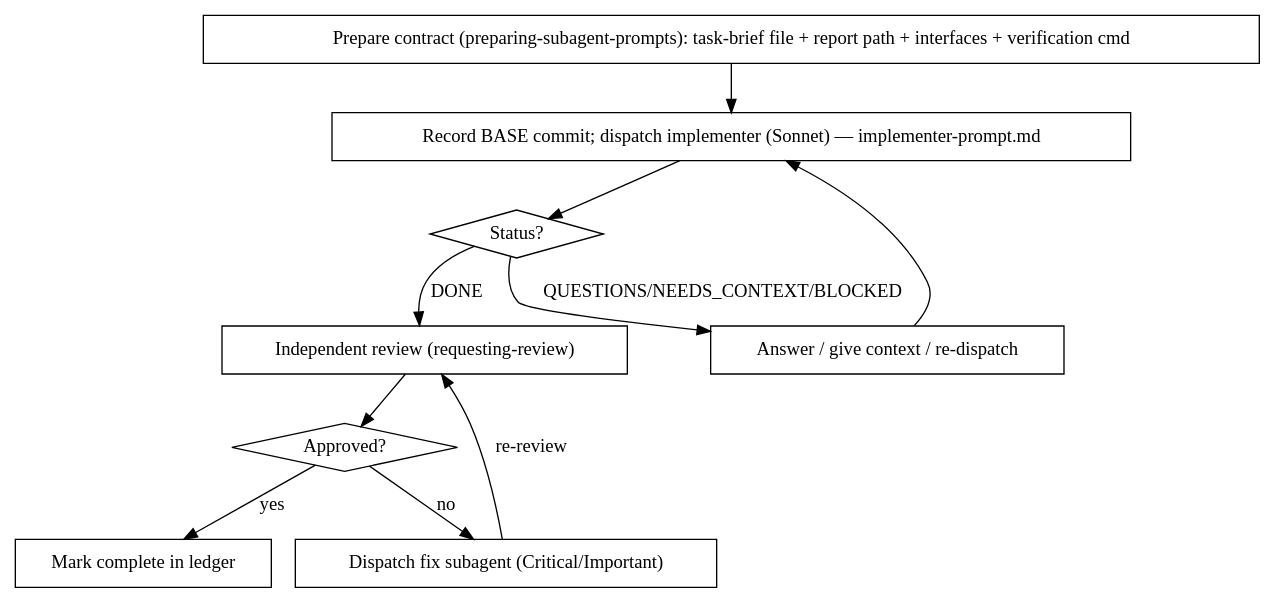
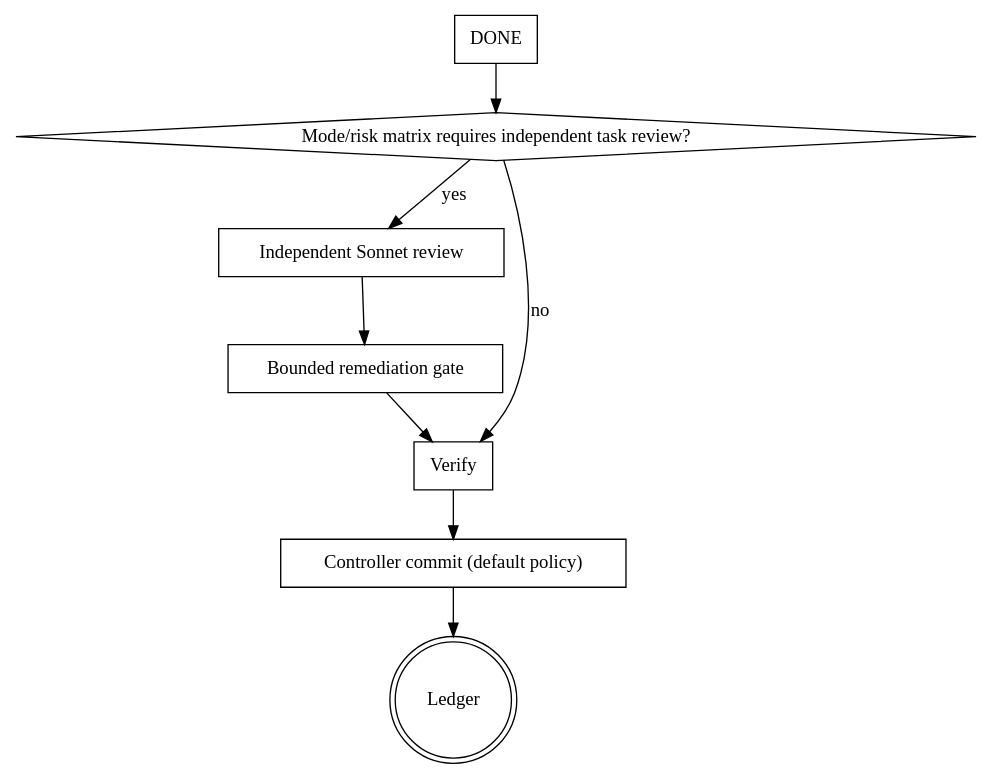
The second of 2 diagrams in skills/execution-routing/SKILL.md (gencberke/cost-oriented-agentic-workflow), drawn with Graphviz before and after one commit. The commit also changed other lines of this file and 4 other files, not shown here.

Commit message:
feat: bound remediation and align review routing

````diff
--- a/skills/execution-routing/SKILL.md
+++ b/skills/execution-routing/SKILL.md
@@ -77,22 +79,19 @@
 ```dot
 digraph loop {
-    "Prepare contract (preparing-subagent-prompts): task-brief file + report path + interfaces + verification cmd" [shape=box];
-    "Record BASE commit; dispatch implementer (Sonnet) — implementer-prompt.md" [shape=box];
-    "Status?" [shape=diamond];
-    "Answer / give context / re-dispatch" [shape=box];
-    "Independent review (requesting-review)" [shape=box];
-    "Approved?" [shape=diamond];
-    "Dispatch fix subagent (Critical/Important)" [shape=box];
-    "Mark complete in ledger" [shape=box];
+    "DONE" [shape=box];
+    "Mode/risk matrix requires independent task review?" [shape=diamond];
+    "Independent Sonnet review" [shape=box];
+    "Bounded remediation gate" [shape=box];
+    "Verify" [shape=box];
+    "Controller commit (default policy)" [shape=box];
+    "Ledger" [shape=doublecircle];
 
-    "Prepare contract (preparing-subagent-prompts): task-brief file + report path + interfaces + verification cmd" -> "Record BASE commit; dispatch implementer (Sonnet) — implementer-prompt.md";
-    "Record BASE commit; dispatch implementer (Sonnet) — implementer-prompt.md" -> "Status?";
-    "Status?" -> "Answer / give context / re-dispatch" [label="QUESTIONS/NEEDS_CONTEXT/BLOCKED"];
-    "Answer / give context / re-dispatch" -> "Record BASE commit; dispatch implementer (Sonnet) — implementer-prompt.md";
-    "Status?" -> "Independent review (requesting-review)" [label="DONE"];
-    "Independent review (requesting-review)" -> "Approved?";
-    "Approved?" -> "Dispatch fix subagent (Critical/Important)" [label="no"];
-    "Dispatch fix subagent (Critical/Important)" -> "Independent review (requesting-review)" [label="re-review"];
-    "Approved?" -> "Mark complete in ledger" [label="yes"];
+    "DONE" -> "Mode/risk matrix requires independent task review?";
+    "Mode/risk matrix requires independent task review?" -> "Verify" [label="no"];
+    "Mode/risk matrix requires independent task review?" -> "Independent Sonnet review" [label="yes"];
+    "Independent Sonnet review" -> "Bounded remediation gate";
+    "Bounded remediation gate" -> "Verify";
+    "Verify" -> "Controller commit (default policy)";
+    "Controller commit (default policy)" -> "Ledger";
 }
 ```
````
